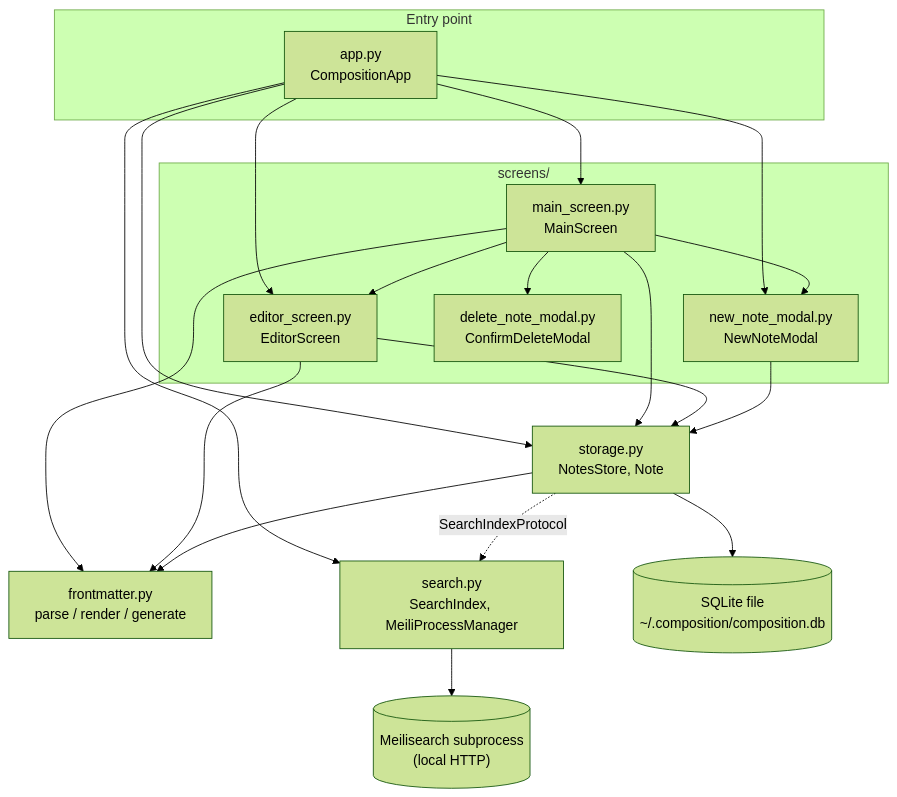
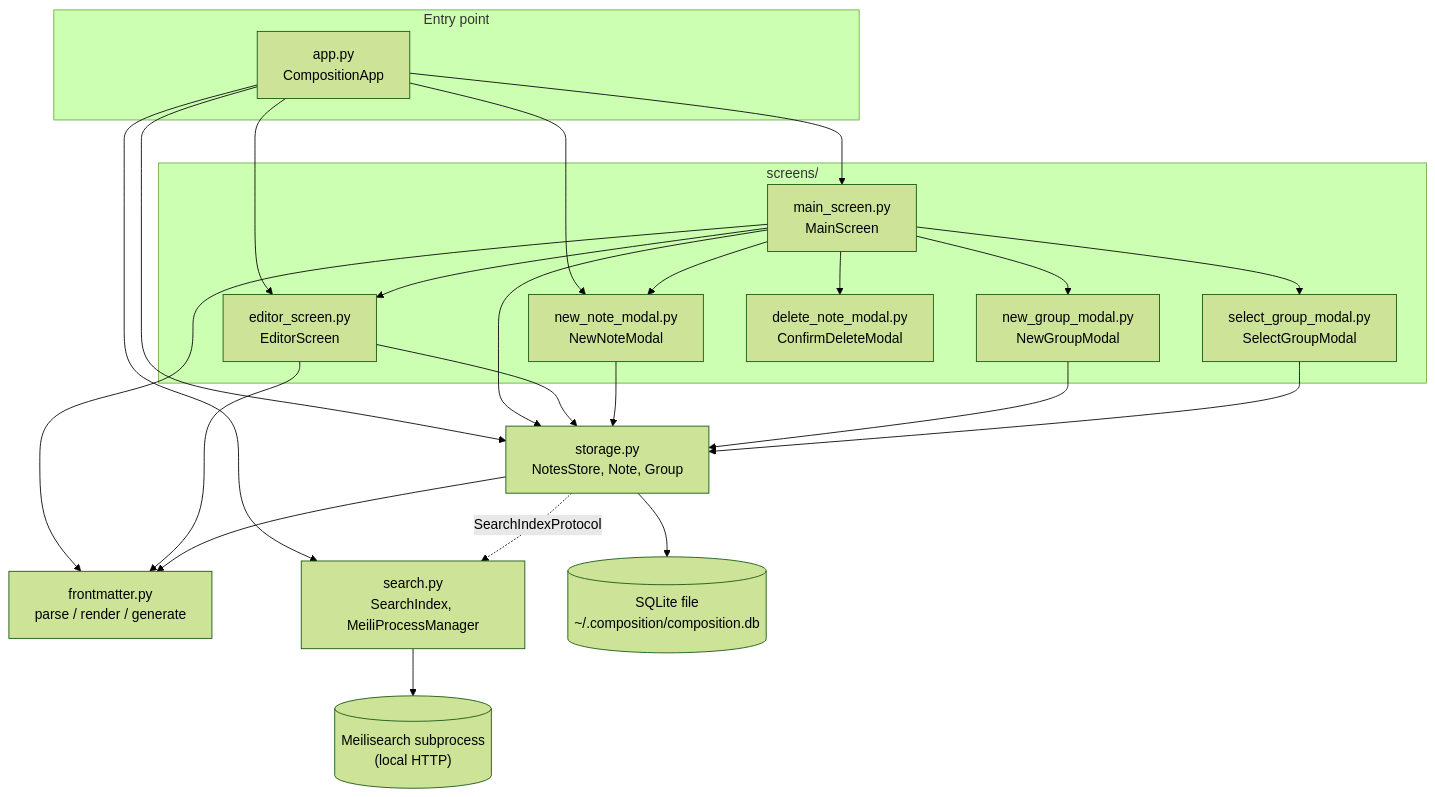
One commit to meddlin/composition changed the diagram in docs/architecture.md. Above: the diagram before and after it, drawn with Mermaid (forest theme). The commit also changed other lines of this file and 12 other files, not shown here.

````diff
--- a/docs/architecture.md
+++ b/docs/architecture.md
@@ -32,41 +35,47 @@
 ```mermaid
 flowchart TB
     subgraph entry["Entry point"]
         app["app.py<br/>CompositionApp"]
     end
 
     subgraph ui["screens/"]
         main["main_screen.py<br/>MainScreen"]
         editor["editor_screen.py<br/>EditorScreen"]
         newmodal["new_note_modal.py<br/>NewNoteModal"]
+        newgroupmodal["new_group_modal.py<br/>NewGroupModal"]
+        selectgroupmodal["select_group_modal.py<br/>SelectGroupModal"]
         delmodal["delete_note_modal.py<br/>ConfirmDeleteModal"]
     end
 
-    storage["storage.py<br/>NotesStore, Note"]
+    storage["storage.py<br/>NotesStore, Note, Group"]
     fm["frontmatter.py<br/>parse / render / generate"]
     search["search.py<br/>SearchIndex, MeiliProcessManager"]
     sqlite[("SQLite file<br/>~/.composition/composition.db")]
     meili[("Meilisearch subprocess<br/>(local HTTP)")]
 
     app --> main
     app --> editor
     app --> newmodal
     app --> storage
     app --> search
 
     main --> editor
     main --> newmodal
+    main --> newgroupmodal
+    main --> selectgroupmodal
     main --> delmodal
     main --> storage
     main --> fm
 
     editor --> storage
     editor --> fm
 
     newmodal --> storage
+    newgroupmodal --> storage
+    selectgroupmodal --> storage
 
     storage --> fm
     storage -. "SearchIndexProtocol" .-> search
     storage --> sqlite
     search --> meili
 ```
````
